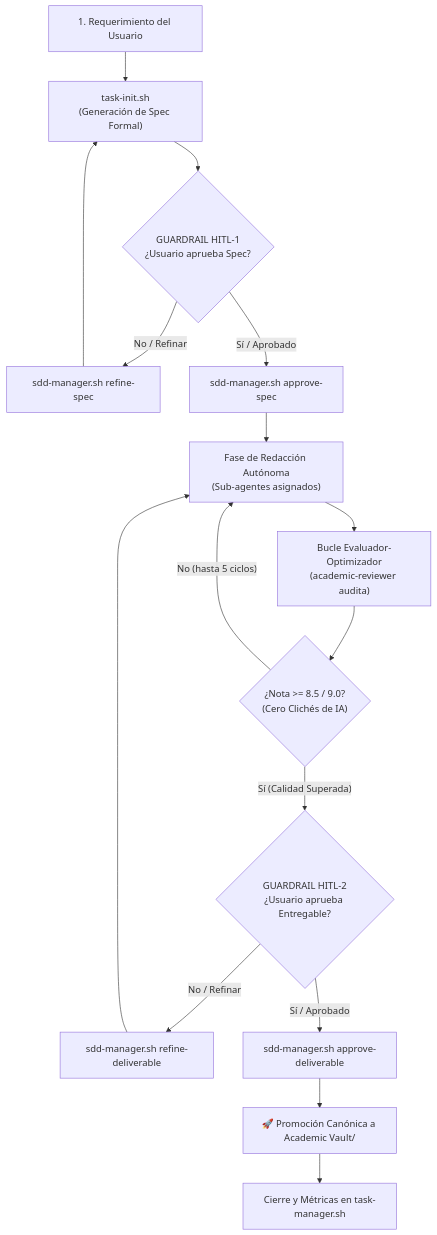
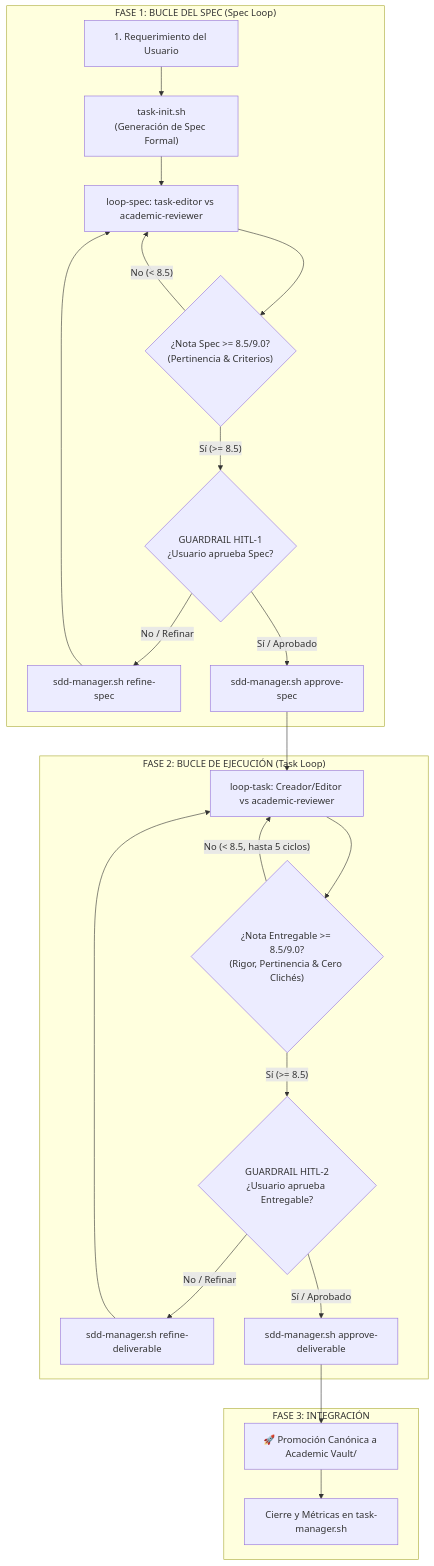
The diagram in README.md (jeisonsosablockdev/sena-programacion-robot-tareas), drawn with Mermaid before and after one commit. The commit also changed other lines of this file and 9 other files, not shown here.

First line of the commit message:
feat(loop): implementar arquitectura dual-loop revisor-editor con evaluación de pertinencia (>= 8.5/9.0)

````diff
--- a/README.md
+++ b/README.md
@@ -126,18 +127,28 @@
 ```mermaid
 flowchart TD
-    A["1. Requerimiento del Usuario"] --> B["task-init.sh<br/>(Generación de Spec Formal)"]
-    B --> C{"GUARDRAIL HITL-1<br/>¿Usuario aprueba Spec?"}
-    C -- "No / Refinar" --> D["sdd-manager.sh refine-spec"]
-    D --> B
-    C -- "Sí / Aprobado" --> E["sdd-manager.sh approve-spec"]
-    E --> F["Fase de Redacción Autónoma<br/>(Sub-agentes asignados)"]
-    F --> G["Bucle Evaluador-Optimizador<br/>(academic-reviewer audita)"]
-    G --> H{"¿Nota >= 8.5 / 9.0?<br/>(Cero Clichés de IA)"}
-    H -- "No (hasta 5 ciclos)" --> F
-    H -- "Sí (Calidad Superada)" --> I{"GUARDRAIL HITL-2<br/>¿Usuario aprueba Entregable?"}
-    I -- "No / Refinar" --> J["sdd-manager.sh refine-deliverable"]
-    J --> F
-    I -- "Sí / Aprobado" --> K["sdd-manager.sh approve-deliverable"]
-    K --> L["🚀 Promoción Canónica a Academic Vault/"]
-    L --> M["Cierre y Métricas en task-manager.sh"]
+    subgraph Fase1["FASE 1: BUCLE DEL SPEC (Spec Loop)"]
+        A["1. Requerimiento del Usuario"] --> B["task-init.sh<br/>(Generación de Spec Formal)"]
+        B --> B1["loop-spec: task-editor vs academic-reviewer"]
+        B1 --> B2{"¿Nota Spec >= 8.5/9.0?<br/>(Pertinencia & Criterios)"}
+        B2 -- "No (< 8.5)" --> B1
+        B2 -- "Sí (>= 8.5)" --> C{"GUARDRAIL HITL-1<br/>¿Usuario aprueba Spec?"}
+        C -- "No / Refinar" --> D["sdd-manager.sh refine-spec"]
+        D --> B1
+        C -- "Sí / Aprobado" --> E["sdd-manager.sh approve-spec"]
+    end
+
+    subgraph Fase2["FASE 2: BUCLE DE EJECUCIÓN (Task Loop)"]
+        E --> F["loop-task: Creador/Editor vs academic-reviewer"]
+        F --> G{"¿Nota Entregable >= 8.5/9.0?<br/>(Rigor, Pertinencia & Cero Clichés)"}
+        G -- "No (< 8.5, hasta 5 ciclos)" --> F
+        G -- "Sí (>= 8.5)" --> I{"GUARDRAIL HITL-2<br/>¿Usuario aprueba Entregable?"}
+        I -- "No / Refinar" --> J["sdd-manager.sh refine-deliverable"]
+        J --> F
+        I -- "Sí / Aprobado" --> K["sdd-manager.sh approve-deliverable"]
+    end
+
+    subgraph Fase3["FASE 3: INTEGRACIÓN"]
+        K --> L["🚀 Promoción Canónica a Academic Vault/"]
+        L --> M["Cierre y Métricas en task-manager.sh"]
+    end
 ```
````
